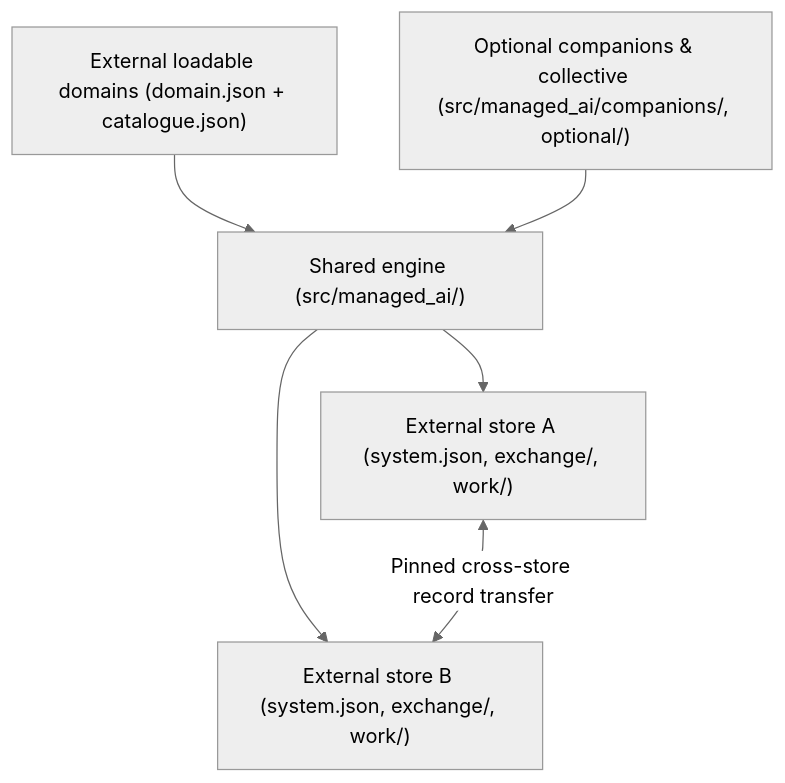
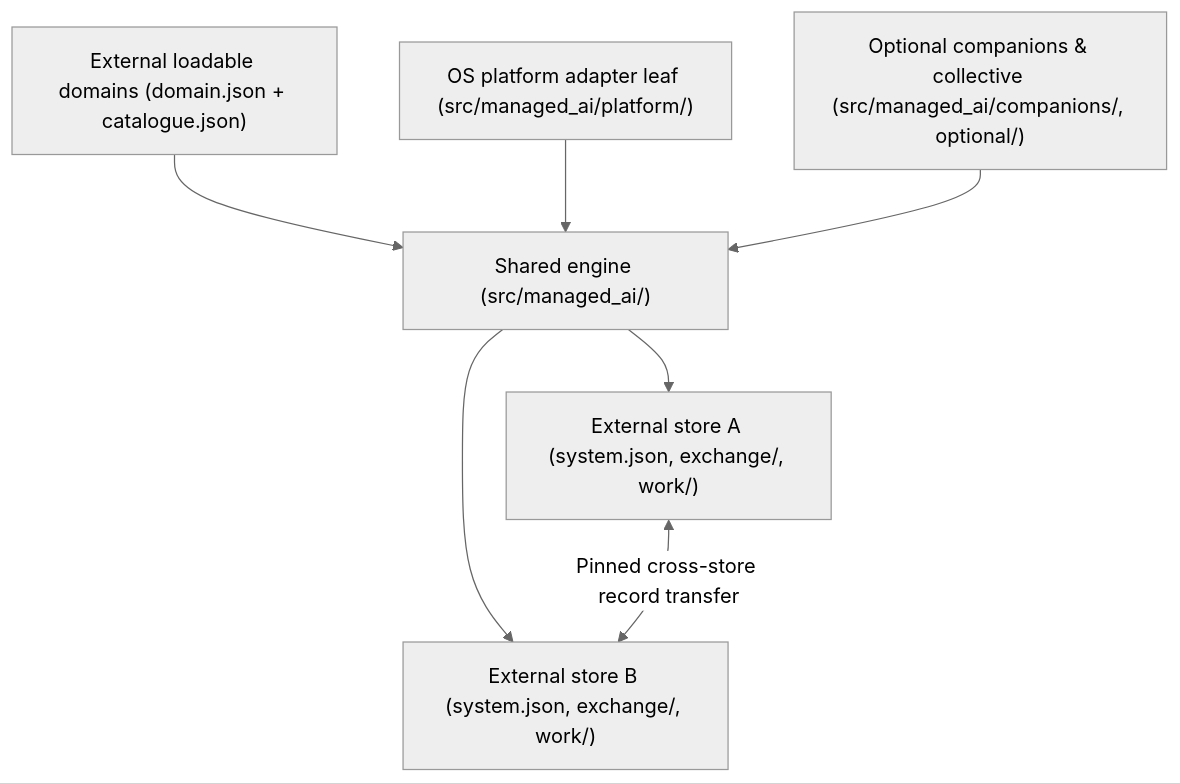
One commit to nestharus/managed-ai changed the diagram in ARCHITECTURE.md. Above: the diagram before and after it, drawn with Mermaid (neutral theme). The commit also changed other lines of this file and 184 other files, not shown here.

First line of the commit message:
Wave 7: unified managed_ai.platform adapter, modular architecture, P7-1..14 performance and QA7-1..8 hardening

````diff
--- a/ARCHITECTURE.md
+++ b/ARCHITECTURE.md
@@ -5,8 +5,9 @@
 ```mermaid
 flowchart TD
     D["External loadable domains (domain.json + catalogue.json)"] --> E["Shared engine (src/managed_ai/)"]
+    P["OS platform adapter leaf (src/managed_ai/platform/)"] --> E
     E --> S1["External store A (system.json, exchange/, work/)"]
     E --> S2["External store B (system.json, exchange/, work/)"]
     C["Optional companions & collective (src/managed_ai/companions/, optional/)"] --> E
     S1 <-->|"Pinned cross-store record transfer"| S2
 ```
````
